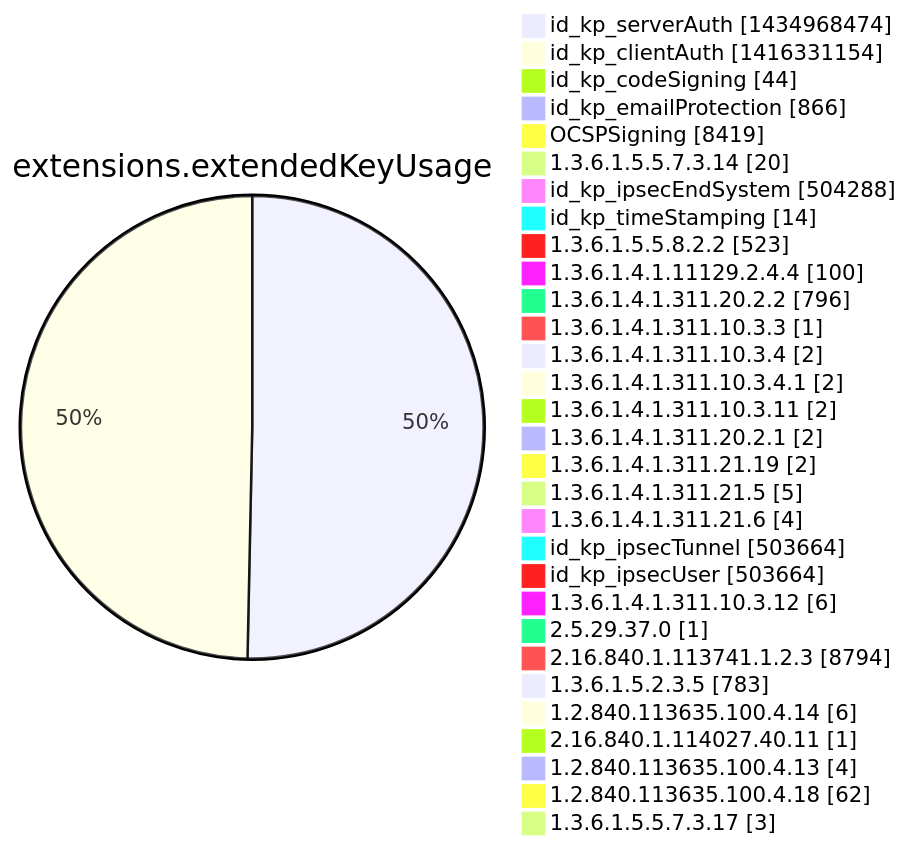
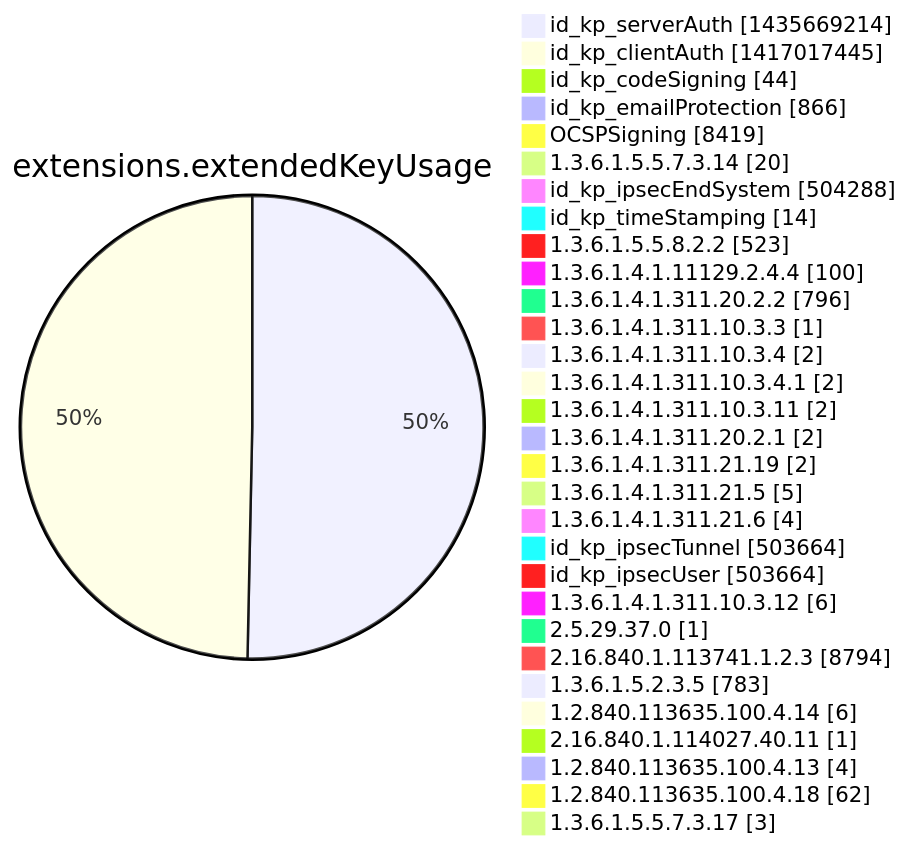
Before and after one commit to christiankrug/ctmonitor_visualization: diagram 12 of 15 in argon2022/README.md, drawn with Mermaid. The commit also changed other lines of this file, not shown here.

````diff
--- a/argon2022/README.md
+++ b/argon2022/README.md
@@ -3555,34 +3555,34 @@
 ```mermaid
 pie showData
 title extensions.extendedKeyUsage
-"id_kp_serverAuth" :1434968474
-"id_kp_clientAuth" :1416331154
+"id_kp_serverAuth" :1435669214
+"id_kp_clientAuth" :1417017445
 "id_kp_codeSigning" :44
 "id_kp_emailProtection" :866
 "OCSPSigning" :8419
 "1.3.6.1.5.5.7.3.14" :20
 "id_kp_ipsecEndSystem" :504288
 "id_kp_timeStamping" :14
 "1.3.6.1.5.5.8.2.2" :523
 "1.3.6.1.4.1.11129.2.4.4" :100
 "1.3.6.1.4.1.311.20.2.2" :796
 "1.3.6.1.4.1.311.10.3.3" :1
 "1.3.6.1.4.1.311.10.3.4" :2
 "1.3.6.1.4.1.311.10.3.4.1" :2
 "1.3.6.1.4.1.311.10.3.11" :2
 "1.3.6.1.4.1.311.20.2.1" :2
 "1.3.6.1.4.1.311.21.19" :2
 "1.3.6.1.4.1.311.21.5" :5
 "1.3.6.1.4.1.311.21.6" :4
 "id_kp_ipsecTunnel" :503664
 "id_kp_ipsecUser" :503664
 "1.3.6.1.4.1.311.10.3.12" :6
 "2.5.29.37.0" :1
 "2.16.840.1.113741.1.2.3" :8794
 "1.3.6.1.5.2.3.5" :783
 "1.2.840.113635.100.4.14" :6
 "2.16.840.1.114027.40.11" :1
 "1.2.840.113635.100.4.13" :4
 "1.2.840.113635.100.4.18" :62
 "1.3.6.1.5.5.7.3.17" :3
 ```
````
